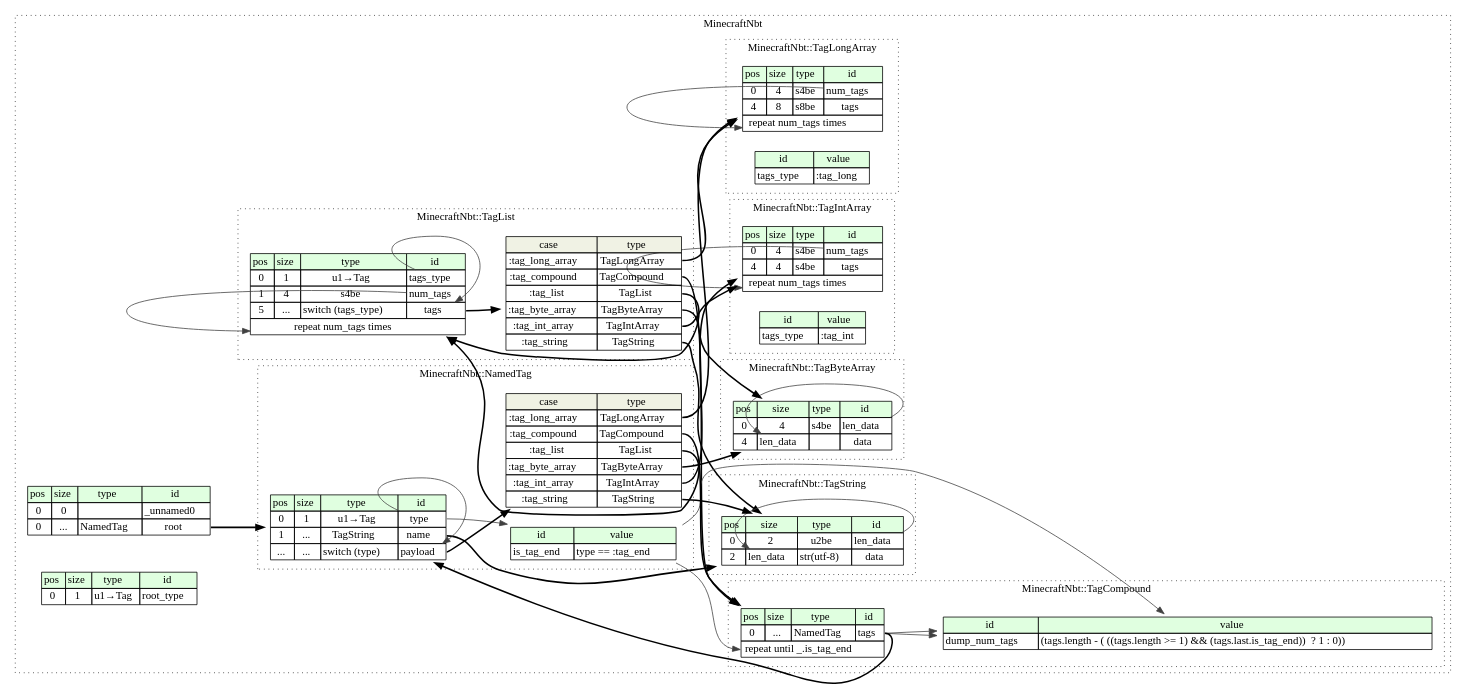
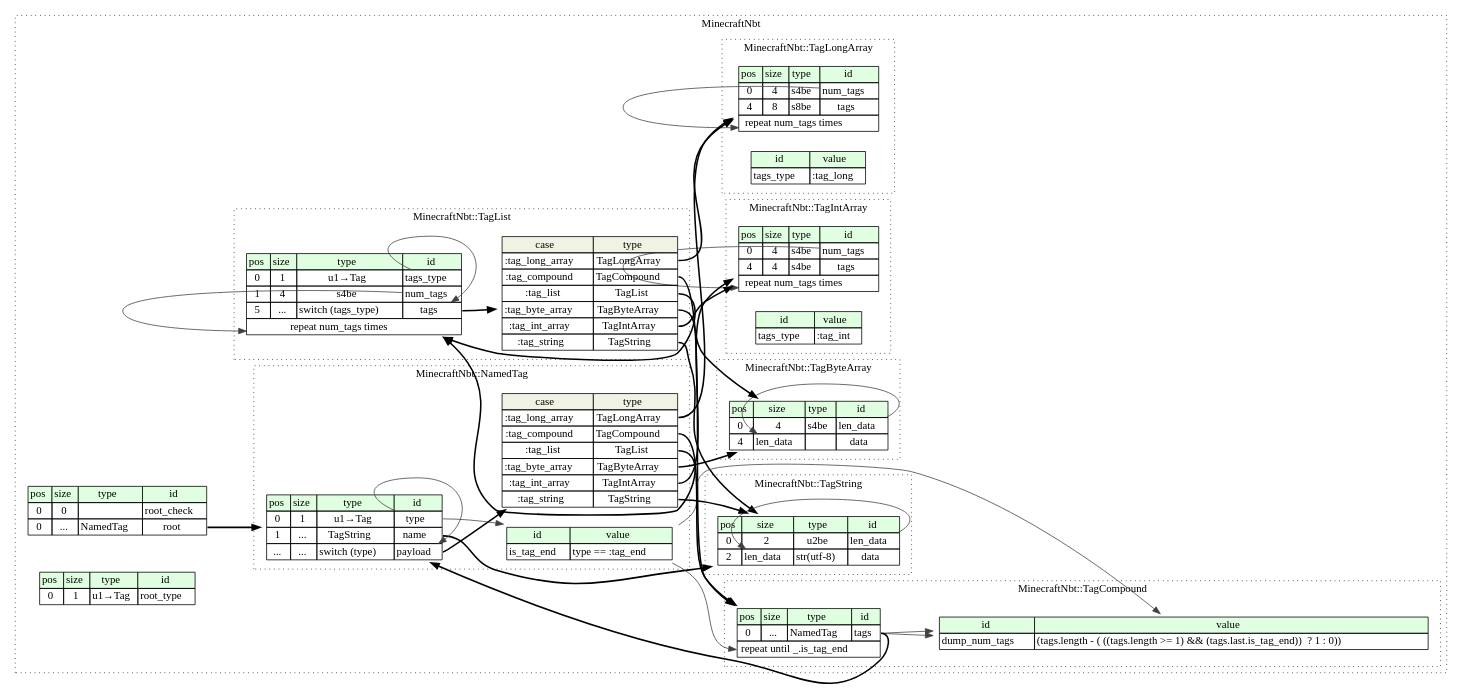
Before and after one commit to kaitai-io/formats-kaitai-io.github.io: the diagram in minecraft_nbt/src/graphviz/minecraft_nbt.dot, drawn with Graphviz. The commit also changed 23 other files, not shown here.

```diff
--- a/minecraft_nbt/src/graphviz/minecraft_nbt.dot
+++ b/minecraft_nbt/src/graphviz/minecraft_nbt.dot
@@ -1,156 +1,156 @@
 digraph {
 	rankdir=LR;
 	node [shape=plaintext];
 	subgraph cluster__minecraft_nbt {
 		label="MinecraftNbt";
 		graph[style=dotted];
 
 		minecraft_nbt__seq [label=<<TABLE BORDER="0" CELLBORDER="1" CELLSPACING="0">
 			<TR><TD BGCOLOR="#E0FFE0">pos</TD><TD BGCOLOR="#E0FFE0">size</TD><TD BGCOLOR="#E0FFE0">type</TD><TD BGCOLOR="#E0FFE0">id</TD></TR>
-			<TR><TD PORT="_unnamed0_pos">0</TD><TD PORT="_unnamed0_size">0</TD><TD></TD><TD PORT="_unnamed0_type">_unnamed0</TD></TR>
+			<TR><TD PORT="root_check_pos">0</TD><TD PORT="root_check_size">0</TD><TD></TD><TD PORT="root_check_type">root_check</TD></TR>
 			<TR><TD PORT="root_pos">0</TD><TD PORT="root_size">...</TD><TD>NamedTag</TD><TD PORT="root_type">root</TD></TR>
 		</TABLE>>];
 		minecraft_nbt__inst__root_type [label=<<TABLE BORDER="0" CELLBORDER="1" CELLSPACING="0">
 			<TR><TD BGCOLOR="#E0FFE0">pos</TD><TD BGCOLOR="#E0FFE0">size</TD><TD BGCOLOR="#E0FFE0">type</TD><TD BGCOLOR="#E0FFE0">id</TD></TR>
 			<TR><TD PORT="root_type_pos">0</TD><TD PORT="root_type_size">1</TD><TD>u1→Tag</TD><TD PORT="root_type_type">root_type</TD></TR>
 		</TABLE>>];
 		subgraph cluster__tag_long_array {
 			label="MinecraftNbt::TagLongArray";
 			graph[style=dotted];
 
 			tag_long_array__seq [label=<<TABLE BORDER="0" CELLBORDER="1" CELLSPACING="0">
 				<TR><TD BGCOLOR="#E0FFE0">pos</TD><TD BGCOLOR="#E0FFE0">size</TD><TD BGCOLOR="#E0FFE0">type</TD><TD BGCOLOR="#E0FFE0">id</TD></TR>
 				<TR><TD PORT="num_tags_pos">0</TD><TD PORT="num_tags_size">4</TD><TD>s4be</TD><TD PORT="num_tags_type">num_tags</TD></TR>
 				<TR><TD PORT="tags_pos">4</TD><TD PORT="tags_size">8</TD><TD>s8be</TD><TD PORT="tags_type">tags</TD></TR>
 				<TR><TD COLSPAN="4" PORT="tags__repeat">repeat num_tags times</TD></TR>
 			</TABLE>>];
 			tag_long_array__inst__tags_type [label=<<TABLE BORDER="0" CELLBORDER="1" CELLSPACING="0">
 				<TR><TD BGCOLOR="#E0FFE0">id</TD><TD BGCOLOR="#E0FFE0">value</TD></TR>
 				<TR><TD>tags_type</TD><TD>:tag_long</TD></TR>
 			</TABLE>>];
 		}
 		subgraph cluster__tag_byte_array {
 			label="MinecraftNbt::TagByteArray";
 			graph[style=dotted];
 
 			tag_byte_array__seq [label=<<TABLE BORDER="0" CELLBORDER="1" CELLSPACING="0">
 				<TR><TD BGCOLOR="#E0FFE0">pos</TD><TD BGCOLOR="#E0FFE0">size</TD><TD BGCOLOR="#E0FFE0">type</TD><TD BGCOLOR="#E0FFE0">id</TD></TR>
 				<TR><TD PORT="len_data_pos">0</TD><TD PORT="len_data_size">4</TD><TD>s4be</TD><TD PORT="len_data_type">len_data</TD></TR>
 				<TR><TD PORT="data_pos">4</TD><TD PORT="data_size">len_data</TD><TD></TD><TD PORT="data_type">data</TD></TR>
 			</TABLE>>];
 		}
 		subgraph cluster__tag_int_array {
 			label="MinecraftNbt::TagIntArray";
 			graph[style=dotted];
 
 			tag_int_array__seq [label=<<TABLE BORDER="0" CELLBORDER="1" CELLSPACING="0">
 				<TR><TD BGCOLOR="#E0FFE0">pos</TD><TD BGCOLOR="#E0FFE0">size</TD><TD BGCOLOR="#E0FFE0">type</TD><TD BGCOLOR="#E0FFE0">id</TD></TR>
 				<TR><TD PORT="num_tags_pos">0</TD><TD PORT="num_tags_size">4</TD><TD>s4be</TD><TD PORT="num_tags_type">num_tags</TD></TR>
 				<TR><TD PORT="tags_pos">4</TD><TD PORT="tags_size">4</TD><TD>s4be</TD><TD PORT="tags_type">tags</TD></TR>
 				<TR><TD COLSPAN="4" PORT="tags__repeat">repeat num_tags times</TD></TR>
 			</TABLE>>];
 			tag_int_array__inst__tags_type [label=<<TABLE BORDER="0" CELLBORDER="1" CELLSPACING="0">
 				<TR><TD BGCOLOR="#E0FFE0">id</TD><TD BGCOLOR="#E0FFE0">value</TD></TR>
 				<TR><TD>tags_type</TD><TD>:tag_int</TD></TR>
 			</TABLE>>];
 		}
 		subgraph cluster__tag_list {
 			label="MinecraftNbt::TagList";
 			graph[style=dotted];
 
 			tag_list__seq [label=<<TABLE BORDER="0" CELLBORDER="1" CELLSPACING="0">
 				<TR><TD BGCOLOR="#E0FFE0">pos</TD><TD BGCOLOR="#E0FFE0">size</TD><TD BGCOLOR="#E0FFE0">type</TD><TD BGCOLOR="#E0FFE0">id</TD></TR>
 				<TR><TD PORT="tags_type_pos">0</TD><TD PORT="tags_type_size">1</TD><TD>u1→Tag</TD><TD PORT="tags_type_type">tags_type</TD></TR>
 				<TR><TD PORT="num_tags_pos">1</TD><TD PORT="num_tags_size">4</TD><TD>s4be</TD><TD PORT="num_tags_type">num_tags</TD></TR>
 				<TR><TD PORT="tags_pos">5</TD><TD PORT="tags_size">...</TD><TD>switch (tags_type)</TD><TD PORT="tags_type">tags</TD></TR>
 				<TR><TD COLSPAN="4" PORT="tags__repeat">repeat num_tags times</TD></TR>
 			</TABLE>>];
 tag_list__seq_tags_switch [label=<<TABLE BORDER="0" CELLBORDER="1" CELLSPACING="0">
 	<TR><TD BGCOLOR="#F0F2E4">case</TD><TD BGCOLOR="#F0F2E4">type</TD></TR>
 	<TR><TD>:tag_long_array</TD><TD PORT="case0">TagLongArray</TD></TR>
 	<TR><TD>:tag_compound</TD><TD PORT="case1">TagCompound</TD></TR>
 	<TR><TD>:tag_list</TD><TD PORT="case2">TagList</TD></TR>
 	<TR><TD>:tag_byte_array</TD><TD PORT="case3">TagByteArray</TD></TR>
 	<TR><TD>:tag_int_array</TD><TD PORT="case4">TagIntArray</TD></TR>
 	<TR><TD>:tag_string</TD><TD PORT="case5">TagString</TD></TR>
 </TABLE>>];
 		}
 		subgraph cluster__tag_string {
 			label="MinecraftNbt::TagString";
 			graph[style=dotted];
 
 			tag_string__seq [label=<<TABLE BORDER="0" CELLBORDER="1" CELLSPACING="0">
 				<TR><TD BGCOLOR="#E0FFE0">pos</TD><TD BGCOLOR="#E0FFE0">size</TD><TD BGCOLOR="#E0FFE0">type</TD><TD BGCOLOR="#E0FFE0">id</TD></TR>
 				<TR><TD PORT="len_data_pos">0</TD><TD PORT="len_data_size">2</TD><TD>u2be</TD><TD PORT="len_data_type">len_data</TD></TR>
 				<TR><TD PORT="data_pos">2</TD><TD PORT="data_size">len_data</TD><TD>str(utf-8)</TD><TD PORT="data_type">data</TD></TR>
 			</TABLE>>];
 		}
 		subgraph cluster__tag_compound {
 			label="MinecraftNbt::TagCompound";
 			graph[style=dotted];
 
 			tag_compound__seq [label=<<TABLE BORDER="0" CELLBORDER="1" CELLSPACING="0">
 				<TR><TD BGCOLOR="#E0FFE0">pos</TD><TD BGCOLOR="#E0FFE0">size</TD><TD BGCOLOR="#E0FFE0">type</TD><TD BGCOLOR="#E0FFE0">id</TD></TR>
 				<TR><TD PORT="tags_pos">0</TD><TD PORT="tags_size">...</TD><TD>NamedTag</TD><TD PORT="tags_type">tags</TD></TR>
 				<TR><TD COLSPAN="4" PORT="tags__repeat">repeat until _.is_tag_end</TD></TR>
 			</TABLE>>];
 			tag_compound__inst__dump_num_tags [label=<<TABLE BORDER="0" CELLBORDER="1" CELLSPACING="0">
 				<TR><TD BGCOLOR="#E0FFE0">id</TD><TD BGCOLOR="#E0FFE0">value</TD></TR>
 				<TR><TD>dump_num_tags</TD><TD>(tags.length - ( ((tags.length &gt;= 1) &amp;&amp; (tags.last.is_tag_end))  ? 1 : 0))</TD></TR>
 			</TABLE>>];
 		}
 		subgraph cluster__named_tag {
 			label="MinecraftNbt::NamedTag";
 			graph[style=dotted];
 
 			named_tag__seq [label=<<TABLE BORDER="0" CELLBORDER="1" CELLSPACING="0">
 				<TR><TD BGCOLOR="#E0FFE0">pos</TD><TD BGCOLOR="#E0FFE0">size</TD><TD BGCOLOR="#E0FFE0">type</TD><TD BGCOLOR="#E0FFE0">id</TD></TR>
 				<TR><TD PORT="type_pos">0</TD><TD PORT="type_size">1</TD><TD>u1→Tag</TD><TD PORT="type_type">type</TD></TR>
 				<TR><TD PORT="name_pos">1</TD><TD PORT="name_size">...</TD><TD>TagString</TD><TD PORT="name_type">name</TD></TR>
 				<TR><TD PORT="payload_pos">...</TD><TD PORT="payload_size">...</TD><TD>switch (type)</TD><TD PORT="payload_type">payload</TD></TR>
 			</TABLE>>];
 			named_tag__inst__is_tag_end [label=<<TABLE BORDER="0" CELLBORDER="1" CELLSPACING="0">
 				<TR><TD BGCOLOR="#E0FFE0">id</TD><TD BGCOLOR="#E0FFE0">value</TD></TR>
 				<TR><TD>is_tag_end</TD><TD>type == :tag_end</TD></TR>
 			</TABLE>>];
 named_tag__seq_payload_switch [label=<<TABLE BORDER="0" CELLBORDER="1" CELLSPACING="0">
 	<TR><TD BGCOLOR="#F0F2E4">case</TD><TD BGCOLOR="#F0F2E4">type</TD></TR>
 	<TR><TD>:tag_long_array</TD><TD PORT="case0">TagLongArray</TD></TR>
 	<TR><TD>:tag_compound</TD><TD PORT="case1">TagCompound</TD></TR>
 	<TR><TD>:tag_list</TD><TD PORT="case2">TagList</TD></TR>
 	<TR><TD>:tag_byte_array</TD><TD PORT="case3">TagByteArray</TD></TR>
 	<TR><TD>:tag_int_array</TD><TD PORT="case4">TagIntArray</TD></TR>
 	<TR><TD>:tag_string</TD><TD PORT="case5">TagString</TD></TR>
 </TABLE>>];
 		}
 	}
 	minecraft_nbt__seq:root_type -> named_tag__seq [style=bold];
 	tag_long_array__seq:num_tags_type -> tag_long_array__seq:tags__repeat [color="#404040"];
 	tag_byte_array__seq:len_data_type -> tag_byte_array__seq:data_size [color="#404040"];
 	tag_int_array__seq:num_tags_type -> tag_int_array__seq:tags__repeat [color="#404040"];
 	tag_list__seq:tags_type -> tag_list__seq_tags_switch [style=bold];
 	tag_list__seq_tags_switch:case0 -> tag_long_array__seq [style=bold];
 	tag_list__seq_tags_switch:case1 -> tag_compound__seq [style=bold];
 	tag_list__seq_tags_switch:case2 -> tag_list__seq [style=bold];
 	tag_list__seq_tags_switch:case3 -> tag_byte_array__seq [style=bold];
 	tag_list__seq_tags_switch:case4 -> tag_int_array__seq [style=bold];
 	tag_list__seq_tags_switch:case5 -> tag_string__seq [style=bold];
 	tag_list__seq:tags_type_type -> tag_list__seq:tags_type [color="#404040"];
 	tag_list__seq:num_tags_type -> tag_list__seq:tags__repeat [color="#404040"];
 	tag_string__seq:len_data_type -> tag_string__seq:data_size [color="#404040"];
 	tag_compound__seq:tags_type -> named_tag__seq [style=bold];
 	named_tag__inst__is_tag_end:is_tag_end_type -> tag_compound__seq:tags__repeat [color="#404040"];
 	tag_compound__seq:tags_type -> tag_compound__inst__dump_num_tags [color="#404040"];
 	tag_compound__seq:tags_type -> tag_compound__inst__dump_num_tags [color="#404040"];
 	named_tag__inst__is_tag_end:is_tag_end_type -> tag_compound__inst__dump_num_tags [color="#404040"];
 	named_tag__seq:name_type -> tag_string__seq [style=bold];
 	named_tag__seq:payload_type -> named_tag__seq_payload_switch [style=bold];
 	named_tag__seq_payload_switch:case0 -> tag_long_array__seq [style=bold];
 	named_tag__seq_payload_switch:case1 -> tag_compound__seq [style=bold];
 	named_tag__seq_payload_switch:case2 -> tag_list__seq [style=bold];
 	named_tag__seq_payload_switch:case3 -> tag_byte_array__seq [style=bold];
 	named_tag__seq_payload_switch:case4 -> tag_int_array__seq [style=bold];
 	named_tag__seq_payload_switch:case5 -> tag_string__seq [style=bold];
 	named_tag__seq:type_type -> named_tag__seq:payload_type [color="#404040"];
 	named_tag__seq:type_type -> named_tag__inst__is_tag_end [color="#404040"];
 }
```
